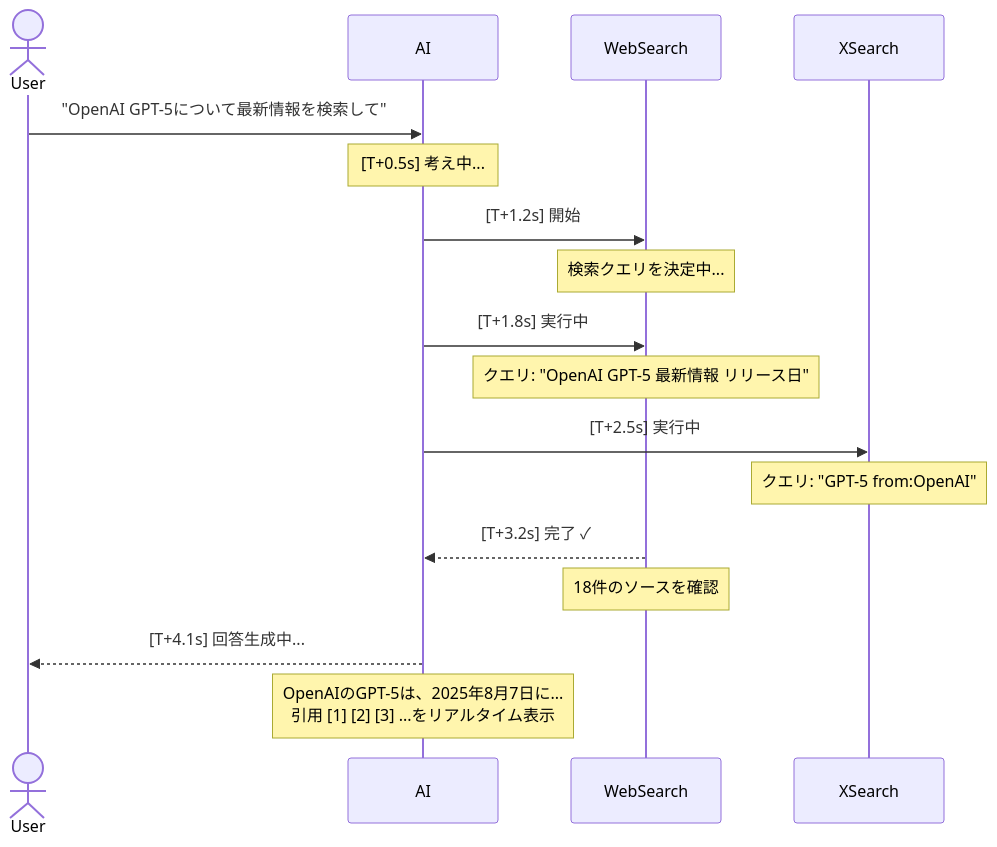
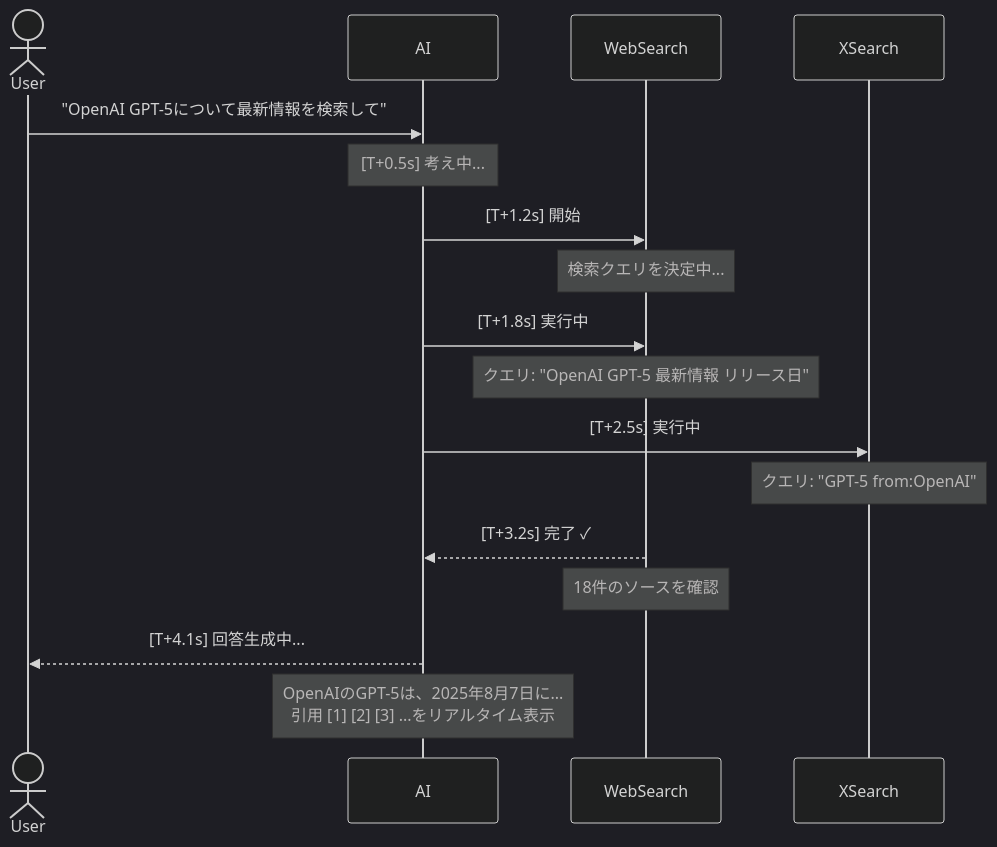
One commit to langcore-org/united-productions-web changed the first of 2 diagrams in docs/plans/tool-details-display.md. Above: the diagram before and after it, drawn with Mermaid. The commit also changed other lines of this file, not shown here.

Commit message:
docs: Mermaidダイアグラムにダークモード対応を追加
- %%{init: {'theme': 'dark', ...}}%% を各ダイアグラムに追加
- ダークモードでも読みやすい配色に調整

````diff
--- a/docs/plans/tool-details-display.md
+++ b/docs/plans/tool-details-display.md
@@ -14,26 +14,27 @@
 ```mermaid
+%%{init: {'theme': 'dark', 'themeVariables': { 'primaryColor': '#4a90d9', 'primaryTextColor': '#fff', 'primaryBorderColor': '#4a90d9', 'lineColor': '#666', 'secondaryColor': '#006100', 'tertiaryColor': '#fff'}}}%%
 sequenceDiagram
     actor User
     participant AI
     participant WebSearch
     participant XSearch
     
     User->>AI: "OpenAI GPT-5について最新情報を検索して"
     
     Note over AI: [T+0.5s] 考え中...
     
     AI->>WebSearch: [T+1.2s] 開始
     Note over WebSearch: 検索クエリを決定中...
     
     AI->>WebSearch: [T+1.8s] 実行中
     Note over WebSearch: クエリ: "OpenAI GPT-5 最新情報 リリース日"
     
     AI->>XSearch: [T+2.5s] 実行中
     Note over XSearch: クエリ: "GPT-5 from:OpenAI"
     
     WebSearch-->>AI: [T+3.2s] 完了 ✓
     Note over WebSearch: 18件のソースを確認
     
     AI-->>User: [T+4.1s] 回答生成中...
     Note over AI: OpenAIのGPT-5は、2025年8月7日に...<br/>引用 [1] [2] [3] ...をリアルタイム表示
 ```
````
